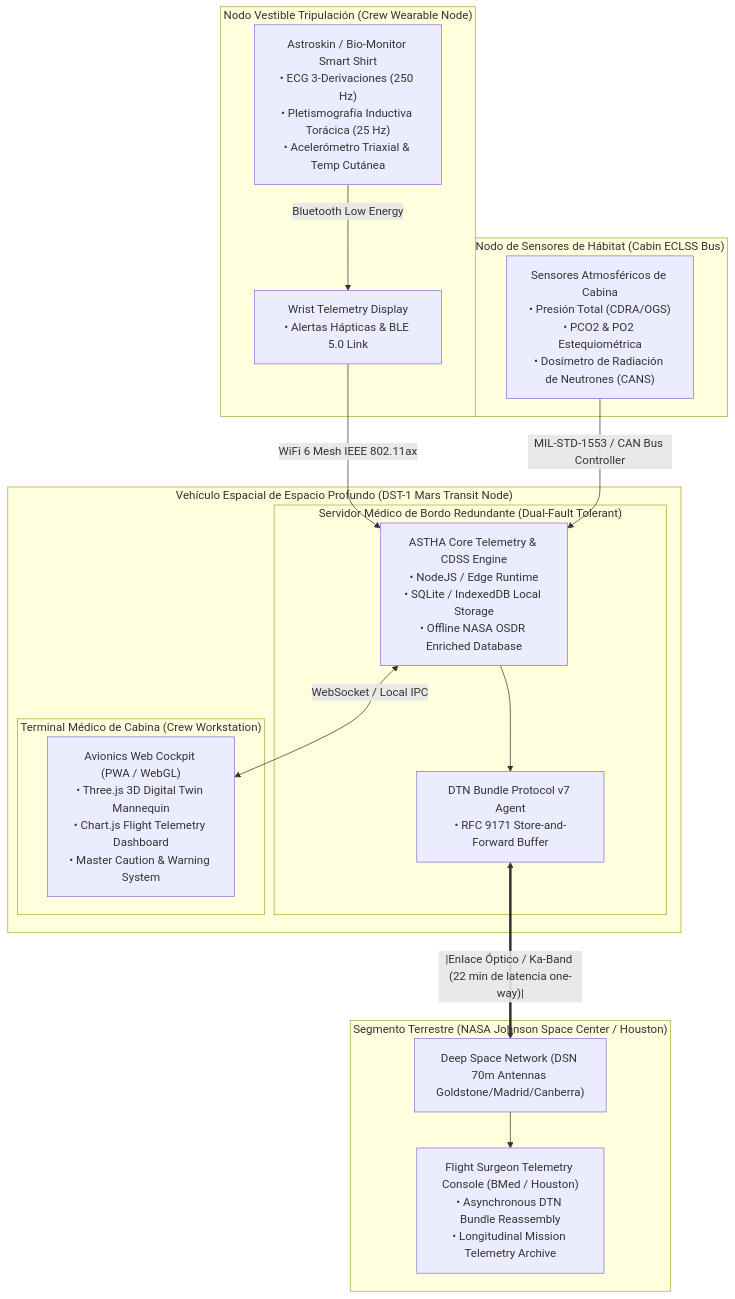
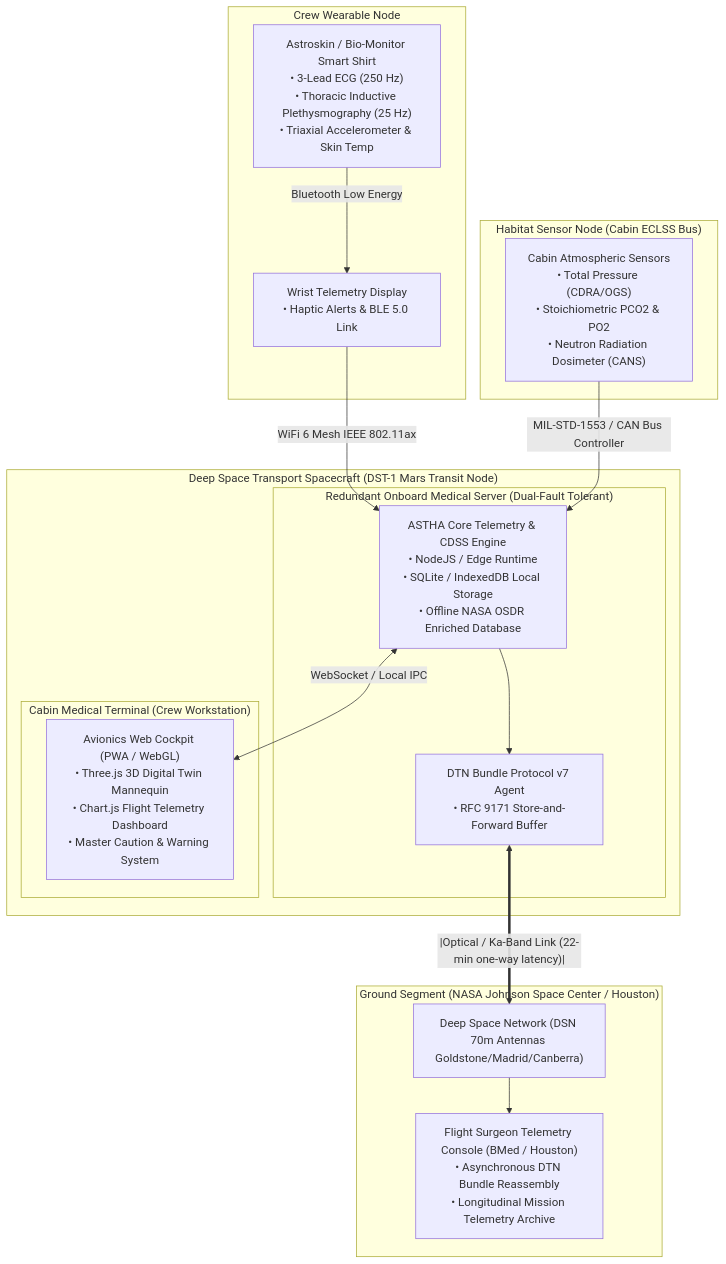
The sixth of 6 diagrams in docs/SDD – Software Design Description ASTHA.md (angelcontres/ASTHA-SpaceApps), drawn with Mermaid before and after one commit. The commit also changed other lines of this file and 46 other files, not shown here.

````diff
--- a/docs/SDD – Software Design Description ASTHA.md
+++ b/docs/SDD – Software Design Description ASTHA.md
@@ -374,36 +374,36 @@
 ```mermaid
 flowchart TB
-    subgraph Crew_Wearable ["Nodo Vestible Tripulación (Crew Wearable Node)"]
-        Astroskin["Astroskin / Bio-Monitor Smart Shirt<br>• ECG 3-Derivaciones (250 Hz)<br>• Pletismografía Inductiva Torácica (25 Hz)<br>• Acelerómetro Triaxial & Temp Cutánea"]
-        SmartWrist["Wrist Telemetry Display<br>• Alertas Hápticas & BLE 5.0 Link"]
+    subgraph Crew_Wearable ["Crew Wearable Node"]
+        Astroskin["Astroskin / Bio-Monitor Smart Shirt<br>• 3-Lead ECG (250 Hz)<br>• Thoracic Inductive Plethysmography (25 Hz)<br>• Triaxial Accelerometer & Skin Temp"]
+        SmartWrist["Wrist Telemetry Display<br>• Haptic Alerts & BLE 5.0 Link"]
         Astroskin -->|Bluetooth Low Energy| SmartWrist
     end
 
-    subgraph Habitat_ECLSS ["Nodo de Sensores de Hábitat (Cabin ECLSS Bus)"]
-        AtmSensors["Sensores Atmosféricos de Cabina<br>• Presión Total (CDRA/OGS)<br>• PCO2 & PO2 Estequiométrica<br>• Dosímetro de Radiación de Neutrones (CANS)"]
+    subgraph Habitat_ECLSS ["Habitat Sensor Node (Cabin ECLSS Bus)"]
+        AtmSensors["Cabin Atmospheric Sensors<br>• Total Pressure (CDRA/OGS)<br>• Stoichiometric PCO2 & PO2<br>• Neutron Radiation Dosimeter (CANS)"]
     end
 
-    subgraph Deep_Space_Transport ["Vehículo Espacial de Espacio Profundo (DST-1 Mars Transit Node)"]
-        subgraph Edge_Medical_Server ["Servidor Médico de Bordo Redundante (Dual-Fault Tolerant)"]
+    subgraph Deep_Space_Transport ["Deep Space Transport Spacecraft (DST-1 Mars Transit Node)"]
+        subgraph Edge_Medical_Server ["Redundant Onboard Medical Server (Dual-Fault Tolerant)"]
             ASTHA_Core["ASTHA Core Telemetry & CDSS Engine<br>• NodeJS / Edge Runtime<br>• SQLite / IndexedDB Local Storage<br>• Offline NASA OSDR Enriched Database"]
             DTN_Daemon["DTN Bundle Protocol v7 Agent<br>• RFC 9171 Store-and-Forward Buffer"]
         end
 
-        subgraph Crew_Terminal ["Terminal Médico de Cabina (Crew Workstation)"]
+        subgraph Crew_Terminal ["Cabin Medical Terminal (Crew Workstation)"]
             Browser["Avionics Web Cockpit (PWA / WebGL)<br>• Three.js 3D Digital Twin Mannequin<br>• Chart.js Flight Telemetry Dashboard<br>• Master Caution & Warning System"]
         end
     end
 
-    subgraph Ground_Segment ["Segmento Terrestre (NASA Johnson Space Center / Houston)"]
+    subgraph Ground_Segment ["Ground Segment (NASA Johnson Space Center / Houston)"]
         DSN["Deep Space Network (DSN 70m Antennas Goldstone/Madrid/Canberra)"]
         FlightSurgeonConsole["Flight Surgeon Telemetry Console (BMed / Houston)<br>• Asynchronous DTN Bundle Reassembly<br>• Longitudinal Mission Telemetry Archive"]
     end
 
     SmartWrist -->|WiFi 6 Mesh IEEE 802.11ax| ASTHA_Core
     AtmSensors -->|MIL-STD-1553 / CAN Bus Controller| ASTHA_Core
     ASTHA_Core <-->|WebSocket / Local IPC| Browser
     ASTHA_Core --> DTN_Daemon
 
-    DTN_Daemon <==|Enlace Óptico / Ka-Band (22 min de latencia one-way)|==> DSN
+    DTN_Daemon <==|Optical / Ka-Band Link (22-min one-way latency)|==> DSN
     DSN --> FlightSurgeonConsole
 ```
````
